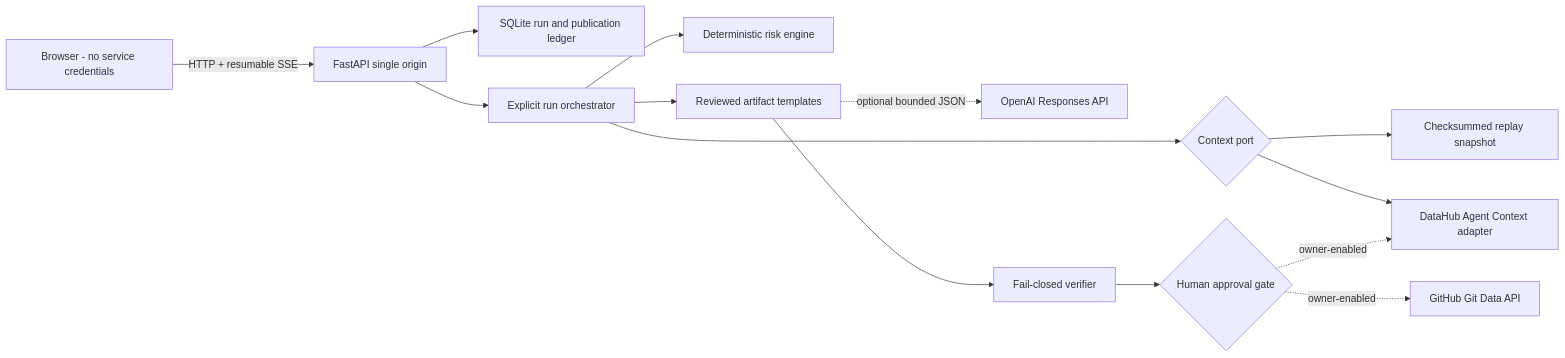
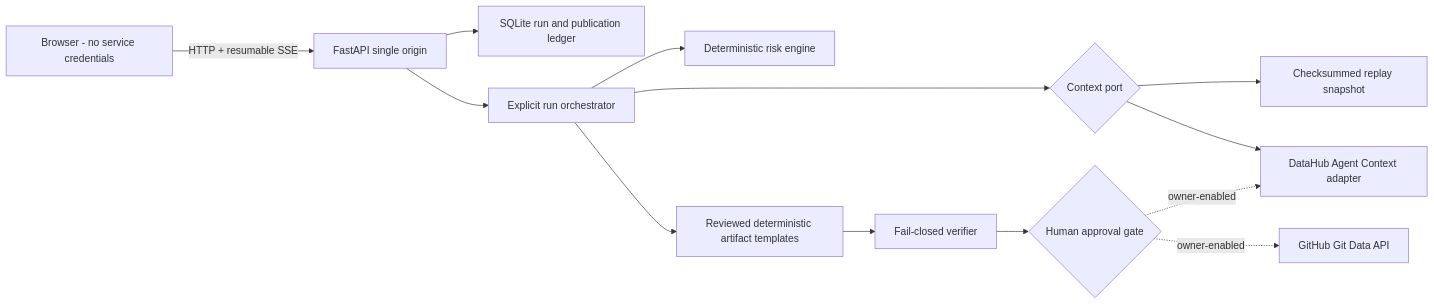
One commit to marker2601/changesafe changed the diagram in README.md. Above: the diagram before and after it, drawn with Mermaid. The commit also changed other lines of this file and 8 other files, not shown here.

````diff
--- a/README.md
+++ b/README.md
@@ -207,16 +200,15 @@
 ```mermaid
 flowchart LR
     B["Browser - no service credentials"] -->|HTTP + resumable SSE| A["FastAPI single origin"]
     A --> S["SQLite run and publication ledger"]
     A --> O["Explicit run orchestrator"]
     O --> C{"Context port"}
     C --> R["Checksummed replay snapshot"]
     C --> D["DataHub Agent Context adapter"]
     O --> K["Deterministic risk engine"]
-    O --> G["Reviewed artifact templates"]
-    G -. optional bounded JSON .-> L["OpenAI Responses API"]
+    O --> G["Reviewed deterministic artifact templates"]
     G --> V["Fail-closed verifier"]
     V --> P{"Human approval gate"}
     P -. owner-enabled .-> H["GitHub Git Data API"]
     P -. owner-enabled .-> D
 ```
````
